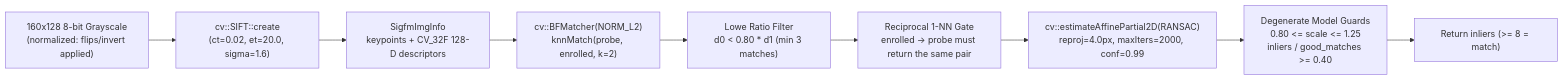
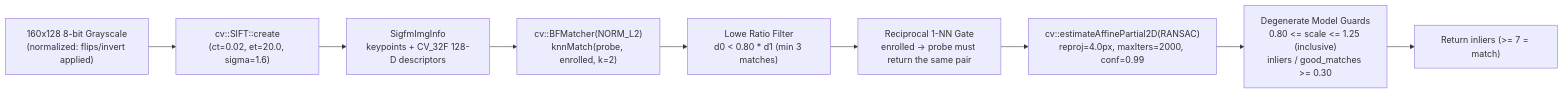
The diagram in docs/SIGFM.md (mrcook1e-ai/goodix-gm168sec), drawn with Mermaid before and after one commit. The commit also changed other lines of this file and 22 other files, not shown here.

````diff
--- a/docs/SIGFM.md
+++ b/docs/SIGFM.md
@@ -18,11 +18,11 @@
 ```mermaid
 flowchart LR
     IMG["160x128 8-bit Grayscale<br/>(normalized: flips/invert applied)"] --> SIFT["cv::SIFT::create<br/>(ct=0.02, et=20.0, sigma=1.6)"]
     SIFT --> INFO["SigfmImgInfo<br/>keypoints + CV_32F 128-D descriptors"]
     INFO --> KNN["cv::BFMatcher(NORM_L2)<br/>knnMatch(probe, enrolled, k=2)"]
     KNN --> LOWE["Lowe Ratio Filter<br/>d0 < 0.80 * d1 (min 3 matches)"]
     LOWE --> RECIP["Reciprocal 1-NN Gate<br/>enrolled → probe must return the same pair"]
     RECIP --> RANSAC["cv::estimateAffinePartial2D(RANSAC)<br/>reproj=4.0px, maxIters=2000, conf=0.99"]
-    RANSAC --> GUARDS["Degenerate Model Guards<br/>0.80 <= scale <= 1.25<br/>inliers / good_matches >= 0.40"]
-    GUARDS --> SCORE["Return inliers (>= 8 = match)"]
+    RANSAC --> GUARDS["Degenerate Model Guards<br/>0.80 <= scale <= 1.25 (inclusive)<br/>inliers / good_matches >= 0.30"]
+    GUARDS --> SCORE["Return inliers (>= 7 = match)"]
 ```
````
